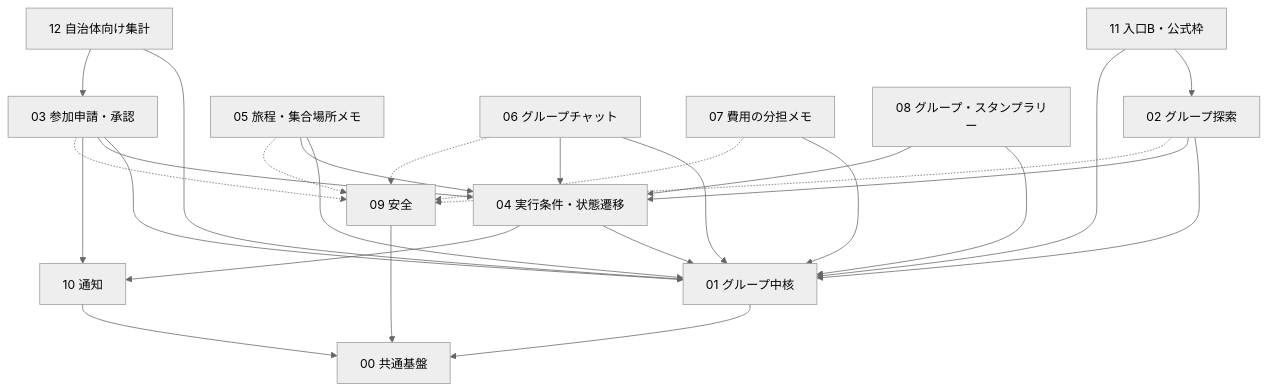
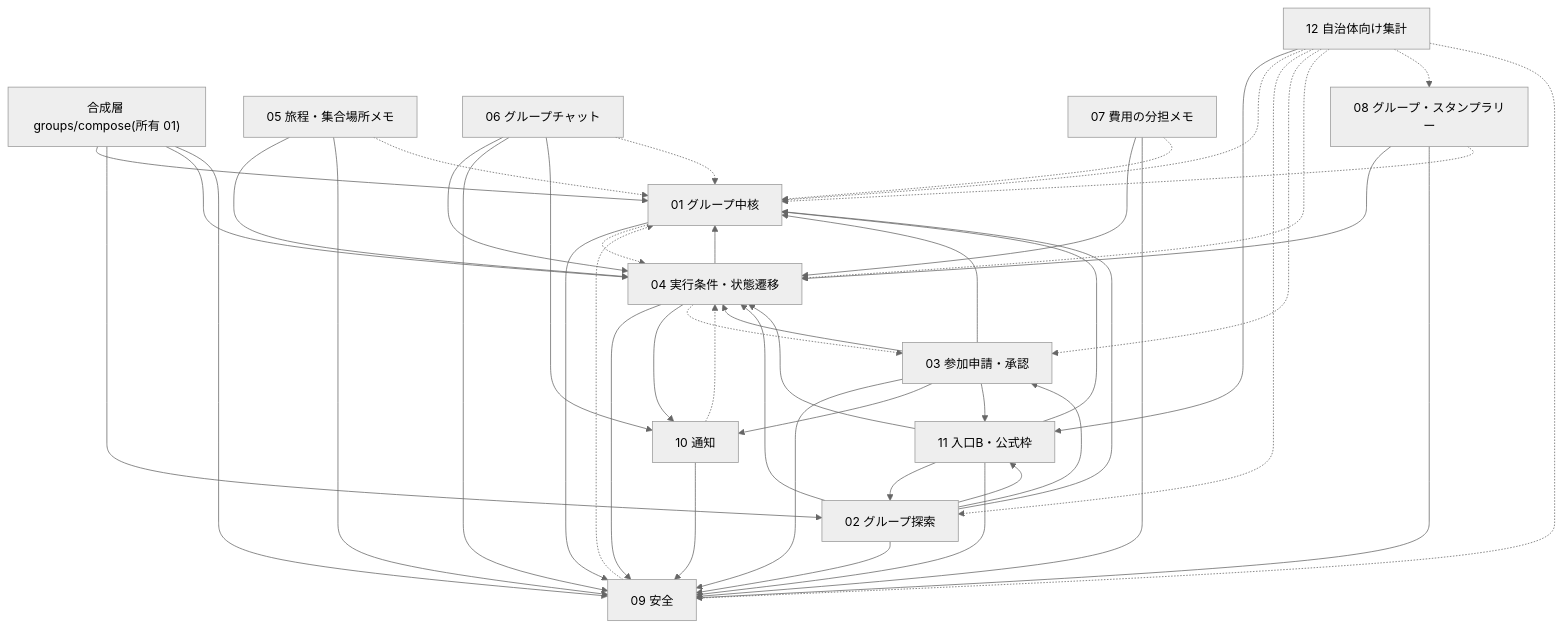
One commit to masahirosako1005/MC-006 changed the diagram in docs/feature/README.md. Above: the diagram before and after it, drawn with Mermaid (neutral theme). The commit also changed other lines of this file and 34 other files, not shown here.

````diff
--- a/docs/feature/README.md
+++ b/docs/feature/README.md
@@ -47,43 +56,65 @@
 ```mermaid
 flowchart TB
-  M00["00 共通基盤"]
+  CMP["合成層 groups/compose(所有 01)"]
   M01["01 グループ中核"]
   M02["02 グループ探索"]
   M03["03 参加申請・承認"]
   M04["04 実行条件・状態遷移"]
   M05["05 旅程・集合場所メモ"]
   M06["06 グループチャット"]
   M07["07 費用の分担メモ"]
   M08["08 グループ・スタンプラリー"]
   M09["09 安全"]
   M10["10 通知"]
   M11["11 入口B・公式枠"]
   M12["12 自治体向け集計"]
 
-  M01 --> M00
-  M09 --> M00
-  M10 --> M00
-  M04 --> M01
+  CMP --> M01
+  CMP --> M02
+  CMP --> M04
+  CMP --> M09
+  M01 --> M09
   M02 --> M01
+  M02 --> M03
   M02 --> M04
+  M02 --> M09
+  M02 --> M11
   M03 --> M01
   M03 --> M04
+  M03 --> M09
   M03 --> M10
+  M03 --> M11
+  M04 --> M01
+  M04 --> M09
   M04 --> M10
-  M05 --> M01
-  M06 --> M01
-  M07 --> M01
-  M08 --> M01
   M05 --> M04
+  M05 --> M09
   M06 --> M04
+  M06 --> M09
+  M06 --> M10
+  M07 --> M04
+  M07 --> M09
   M08 --> M04
+  M08 --> M09
+  M10 --> M09
+  M11 --> M01
   M11 --> M02
-  M11 --> M01
-  M12 --> M01
-  M12 --> M03
-  M02 -.-> M09
-  M03 -.-> M09
-  M06 -.-> M09
-  M05 -.-> M09
-  M07 -.-> M09
+  M11 --> M04
+  M11 --> M09
+  M12 --> M11
+
+  M01 -.-> M04
+  M04 -.-> M03
+  M05 -.-> M01
+  M06 -.-> M01
+  M07 -.-> M01
+  M08 -.-> M01
+  M09 -.-> M01
+  M10 -.-> M04
+  M12 -.-> M01
+  M12 -.-> M02
+  M12 -.-> M03
+  M12 -.-> M04
+  M12 -.-> M08
+  M12 -.-> M09
 ```
````
